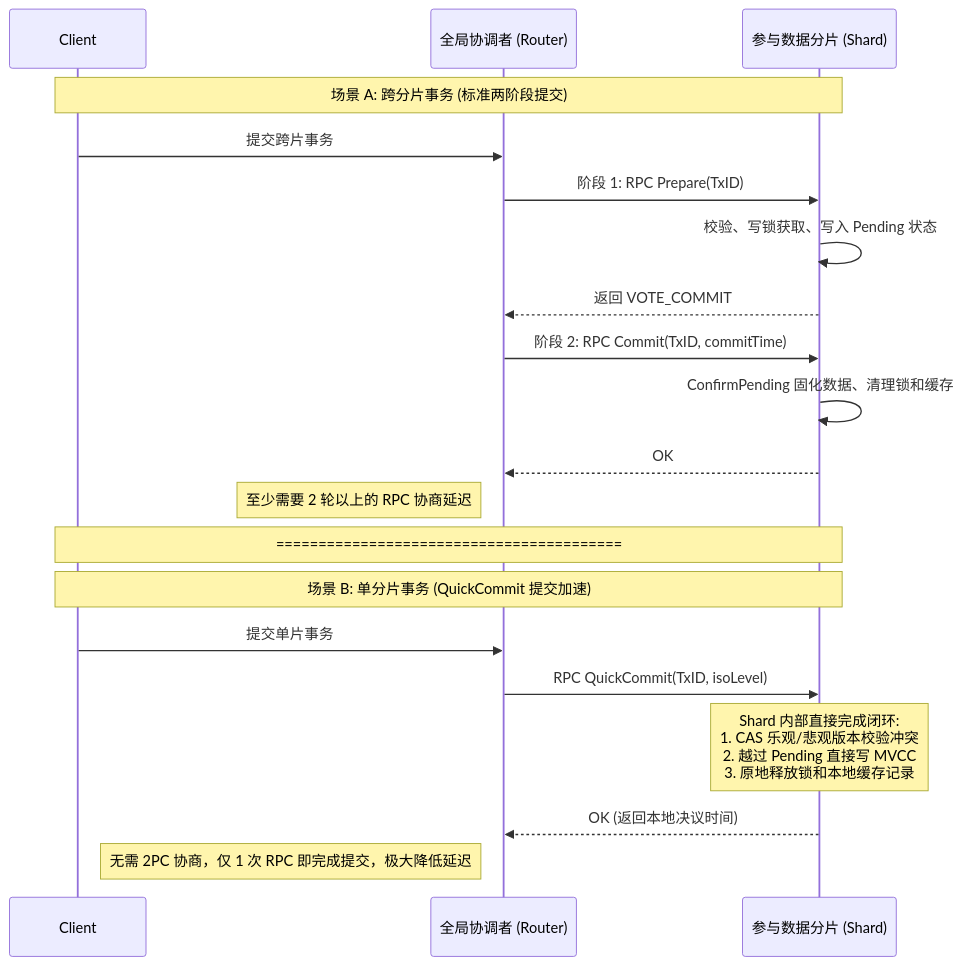
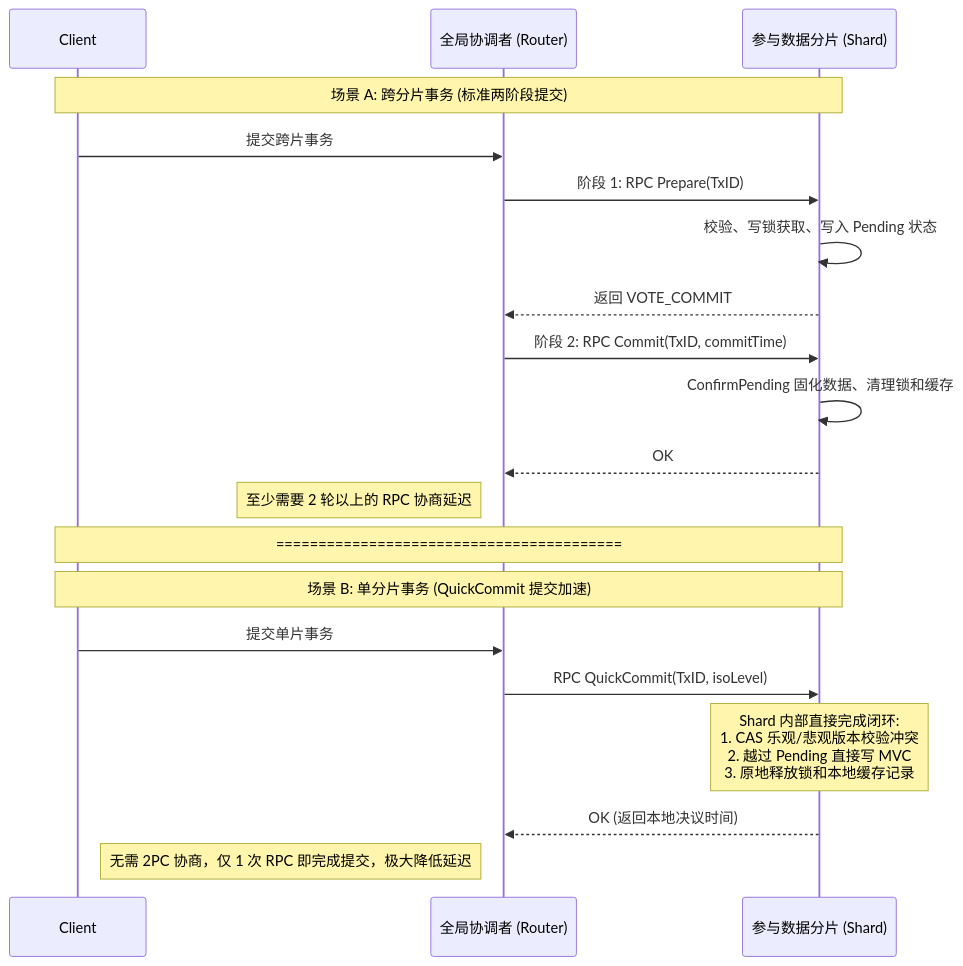
One commit to ZhangJihua0327/master-thesis changed the diagram in figures/mmd/quick-commit.mmd. Above: the diagram before and after it, drawn with Mermaid. The commit also changed 10 other files, not shown here.

```diff
--- a/figures/mmd/quick-commit.mmd
+++ b/figures/mmd/quick-commit.mmd
@@ -1,24 +1,43 @@
-%%{init: {'theme': 'default', 'themeVariables': {'fontSize': '23px', 'noteFontSize': '21px'}}}%%
+%%{init: {
+'theme': 'default',
+'themeVariables': {
+'fontSize': '25px',
+'fontFamily': 'sans-serif, Arial',
+'actorFontSize': '25px',
+'messageFontSize': '25px',
+'stateLabelFontSize': '25px',
+'classText': '25px',
+'noteFontSize': '23px'
+},
+'sequence': {
+'messageMargin': 3,       /* 箭头行间距 ↓ 变小 */
+'noteMargin': 3,          /* 备注块间距 ↓ 变小 */
+'actorMargin': 25,        /* 参与者上下间距 ↓ 变小 */
+'boxMargin': 4,           /* 盒子内边距 ↓ 大幅压缩 */
+'bottomMarginAdj': 0,     /* 底部留白 ↓ 去掉 */
+'maxWidth': 900           /* 宽度固定，避免高度膨胀 */
+}
+}}%%
 sequenceDiagram
     participant Client
     participant Router as 全局协调者 (Router)
     participant Shard1 as 参与数据分片 (Shard)
     
     Note over Client, Shard1: 场景 A: 跨分片事务 (标准两阶段提交)
     Client->>Router: 提交跨片事务
     Router->>Shard1: 阶段 1: RPC Prepare(TxID)
     Shard1->>Shard1: 校验、写锁获取、写入 Pending 状态
     Shard1-->>Router: 返回 VOTE_COMMIT
     Router->>Shard1: 阶段 2: RPC Commit(TxID, commitTime)
     Shard1->>Shard1: ConfirmPending 固化数据、清理锁和缓存
     Shard1-->>Router: OK
     Note left of Router: 至少需要 2 轮以上的 RPC 协商延迟
     
     Note over Client, Shard1: =========================================
     
     Note over Client, Shard1: 场景 B: 单分片事务 (QuickCommit 提交加速)
     Client->>Router: 提交单片事务
     Router->>Shard1: RPC QuickCommit(TxID, isoLevel)
-    Note over Shard1: Shard 内部直接完成闭环:<br>1. CAS 乐观/悲观版本校验冲突<br>2. 越过 Pending 直接写 MVCC<br>3. 原地释放锁和本地缓存记录
+    Note over Shard1: Shard 内部直接完成闭环:<br>1. CAS 乐观/悲观版本校验冲突<br>2. 越过 Pending 直接写 MVC<br>3. 原地释放锁和本地缓存记录
     Shard1-->>Router: OK (返回本地决议时间)
     Note left of Router: 无需 2PC 协商，仅 1 次 RPC 即完成提交，极大降低延迟
```
